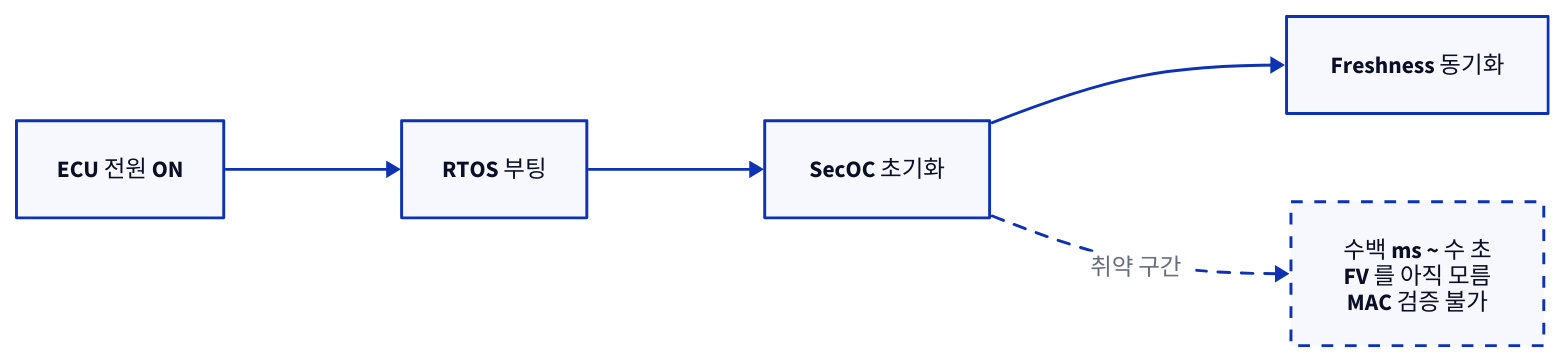
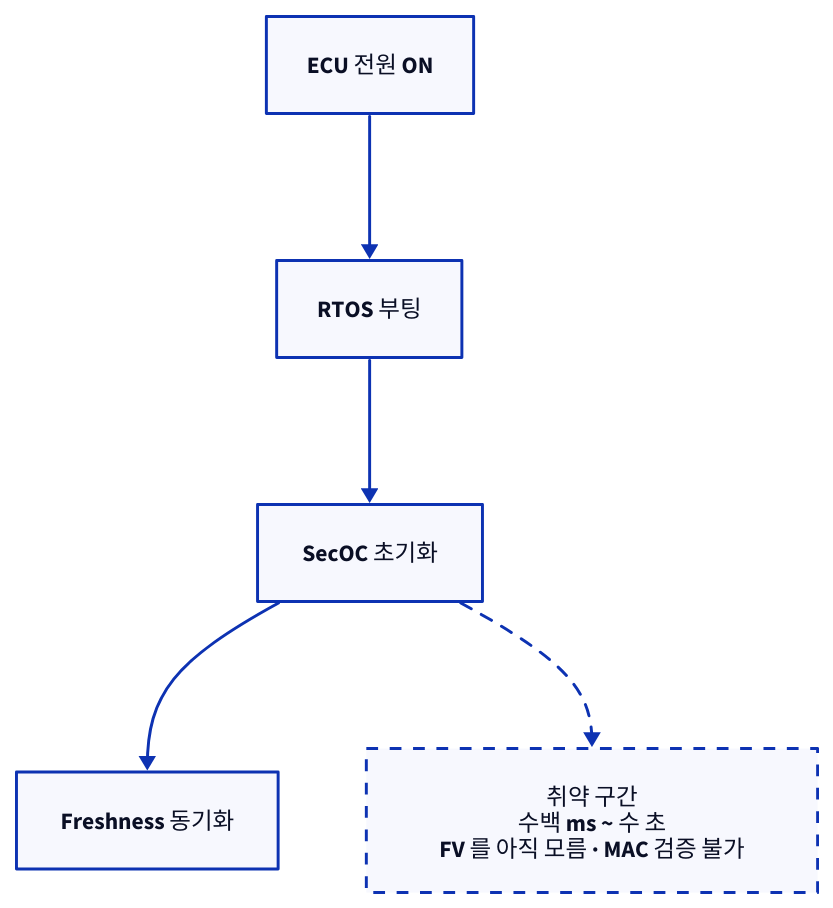
Before and after one commit to humbleowl39/DV_SKOOL: the seventh of 14 diagrams in topics/automotive_cybersecurity/docs/02_automotive_soc_security.md, drawn with D2. The commit also changed other lines of this file and 90 other files, not shown here.

First line of the commit message:
docs: 전 토픽 다이어그램 정비 — ASCII→D2, mermaid→D2, 과대 D2 가시성 수정

````diff
--- a/topics/automotive_cybersecurity/docs/02_automotive_soc_security.md
+++ b/topics/automotive_cybersecurity/docs/02_automotive_soc_security.md
@@ -379,11 +367,14 @@
 ```d2
-direction: right
+direction: down
+
 PWR: "ECU 전원 ON"
 RTOS: "RTOS 부팅"
 INIT: "SecOC 초기화"
 SYNC: "Freshness 동기화"
-GAP: "수백 ms ~ 수 초\nFV 를 아직 모름\nMAC 검증 불가" { style.stroke-dash: 4; style.stroke-width: 2 }
+GAP: "취약 구간\n수백 ms ~ 수 초\nFV 를 아직 모름 · MAC 검증 불가" { style.stroke-dash: 4; style.stroke-width: 2 }
 
-PWR -> RTOS -> INIT -> SYNC
-INIT -> GAP: "취약 구간" { style.stroke-dash: 4 }
+PWR -> RTOS
+RTOS -> INIT
+INIT -> SYNC
+INIT -> GAP { style.stroke-dash: 4 }
 ```
````
